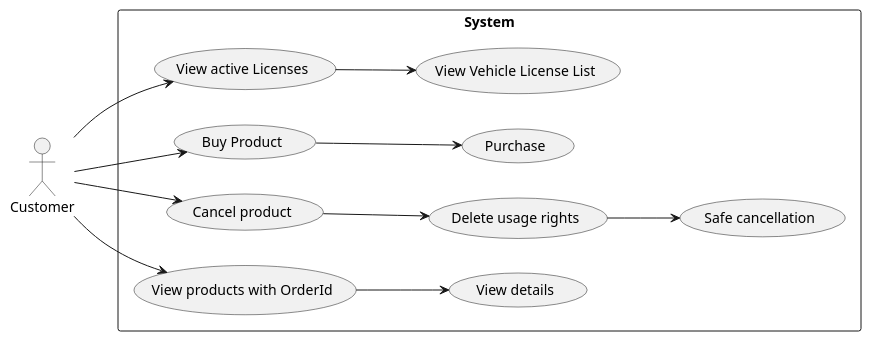
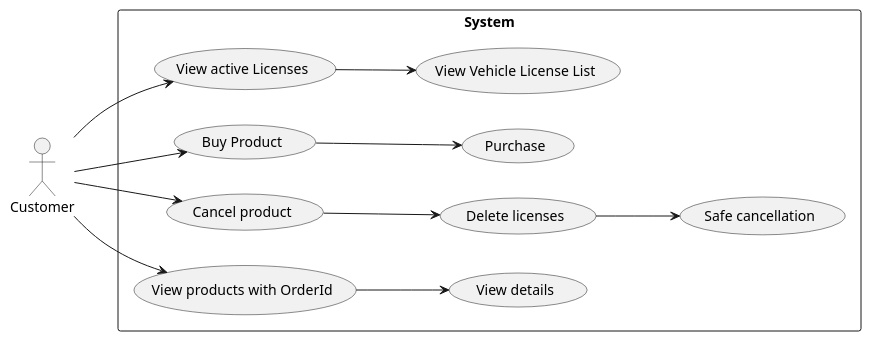
Before and after one commit to ljbg1996/car-backend: the diagram in Phase_1/use case.puml, drawn with PlantUML.

Commit message:
use case update

```diff
--- a/Phase_1/use case.puml
+++ b/Phase_1/use case.puml
@@ -1,27 +1,27 @@
 @startuml
 left to right direction
 
 actor "Customer" as at
 rectangle System{
 
 
 
 (Buy Product)  -->(Purchase)
 
 
 'auskommentiert, weil aktuell nicht benötigt
 '(View Compatible Products)---> (View runtime 3/6/9/12): << include>>
 
 
 (View active Licenses)-->(View Vehicle License List)
-(Cancel product)-->(Delete usage rights)
-(Delete usage rights)-->(Safe cancellation)
+(Cancel product)-->(Delete licenses)
+(Delete licenses)-->(Safe cancellation)
 (View products with OrderId)-->(View details)
 }
 
 'at --> (View Compatible Products)
 at --> (Buy Product)
 at -> (View active Licenses)
 at -->(Cancel product)
 at -->(View products with OrderId)
 @enduml
```
